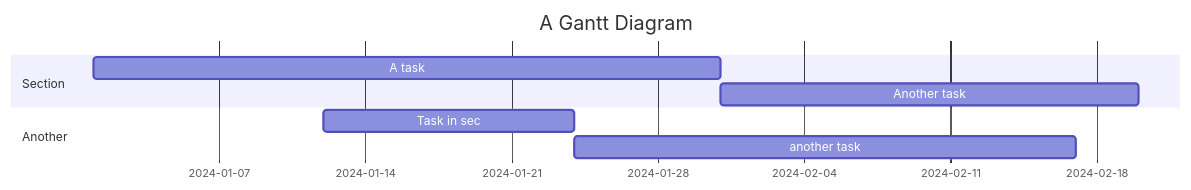
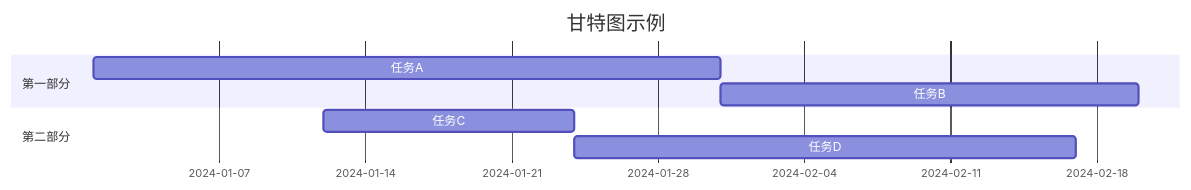
One commit to lx521603/ob changed the seventh of 11 diagrams in src/content/posts/mermaid-diagrams.md. Above: the diagram before and after it, drawn with Mermaid. The commit also changed other lines of this file, not shown here.

Commit message:
更新 mermaid-diagrams.md

````diff
--- a/src/content/posts/mermaid-diagrams.md
+++ b/src/content/posts/mermaid-diagrams.md
@@ -107,11 +111,11 @@
 ```mermaid
 gantt
-    title A Gantt Diagram
+    title 甘特图示例
     dateFormat  YYYY-MM-DD
-    section Section
-    A task           :a1, 2024-01-01, 30d
-    Another task     :after a1  , 20d
-    section Another
-    Task in sec      :2024-01-12  , 12d
-    another task     : 24d
+    section 第一部分
+    任务A           :a1, 2024-01-01, 30d
+    任务B           :after a1  , 20d
+    section 第二部分
+    任务C           :2024-01-12  , 12d
+    任务D           : 24d
 ```
````
